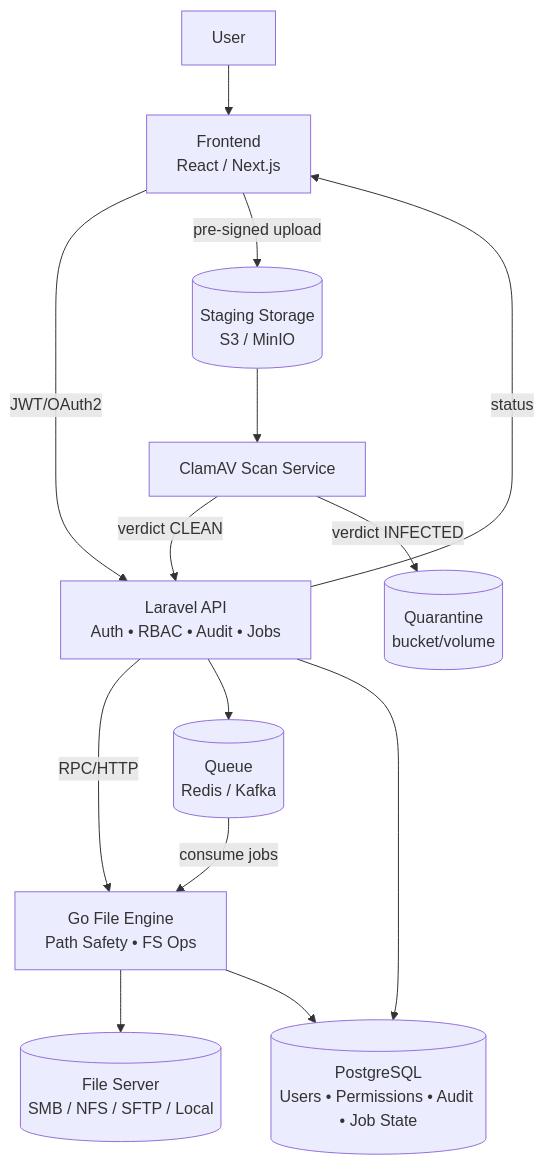
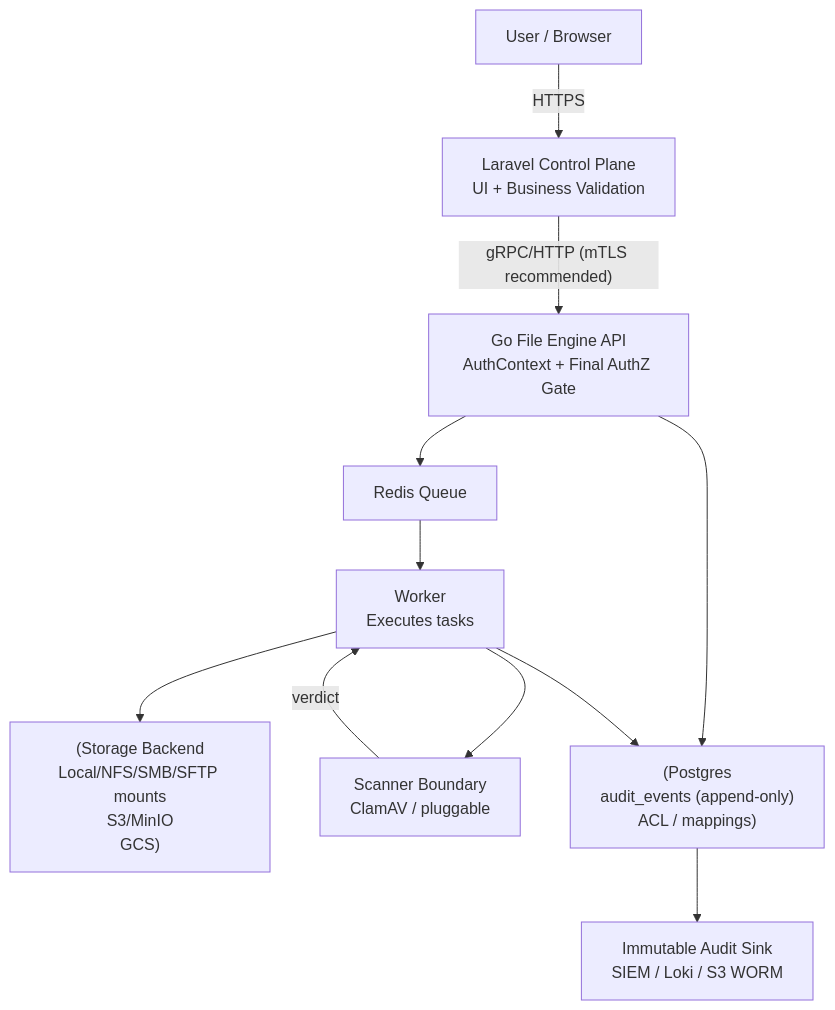
The first of 2 diagrams in README.md (agslima/file-server-management), drawn with Mermaid before and after one commit. The commit also changed other lines of this file and 4 other files, not shown here.

````diff
--- a/README.md
+++ b/README.md
@@ -44,24 +95,23 @@
 ```mermaid
 flowchart TB
-  U[User] --> FE[Frontend<br/>React / Next.js]
+  U[User / Browser] -->|HTTPS| L[Laravel Control Plane<br/>UI + Business Validation]
 
-  FE -->|JWT/OAuth2| API[Laravel API<br/>Auth • RBAC • Audit • Jobs]
+  %% TB2: Service boundary
+  L -->|"gRPC/HTTP (mTLS recommended)"| FE[Go File Engine API<br/>AuthContext + Final AuthZ Gate]
 
-  %% Read path (sync)
-  API -->|RPC/HTTP| GO[Go File Engine<br/>Path Safety • FS Ops]
-  GO --> FS[(File Server<br/>SMB / NFS / SFTP / Local)]
+  %% TB3: Queue boundary
+  FE --> Q[Redis Queue]
+  Q --> W[Worker<br/>Executes tasks]
 
-  %% Async mutation path
-  API --> Q[(Queue<br/>Redis / Kafka)]
-  Q -->|consume jobs| GO
+  %% TB4: Data boundary
+  W --> ST["(Storage Backend<br/>Local/NFS/SMB/SFTP mounts<br/>S3/MinIO<br/>GCS)"]
 
-  %% Upload staging + scan gate
-  FE -->|pre-signed upload| STG[(Staging Storage<br/>S3 / MinIO)]
-  STG --> AV[ClamAV Scan Service]
-  AV -->|verdict CLEAN| API
-  AV -->|verdict INFECTED| QZ[(Quarantine<br/>bucket/volume)]
+  %% TB5: Scanner boundary
+  W --> AV[Scanner Boundary<br/>ClamAV / pluggable]
+  AV -->|verdict| W
 
-  API --> DB[(PostgreSQL<br/>Users • Permissions • Audit • Job State)]
-  GO --> DB
-  API -->|status| FE
+  %% Audit
+  FE --> DB["(Postgres<br/>audit_events (append-only)<br/>ACL / mappings)"]
+  W --> DB
+  DB --> SINK[Immutable Audit Sink<br/>SIEM / Loki / S3 WORM]
 ```
````
